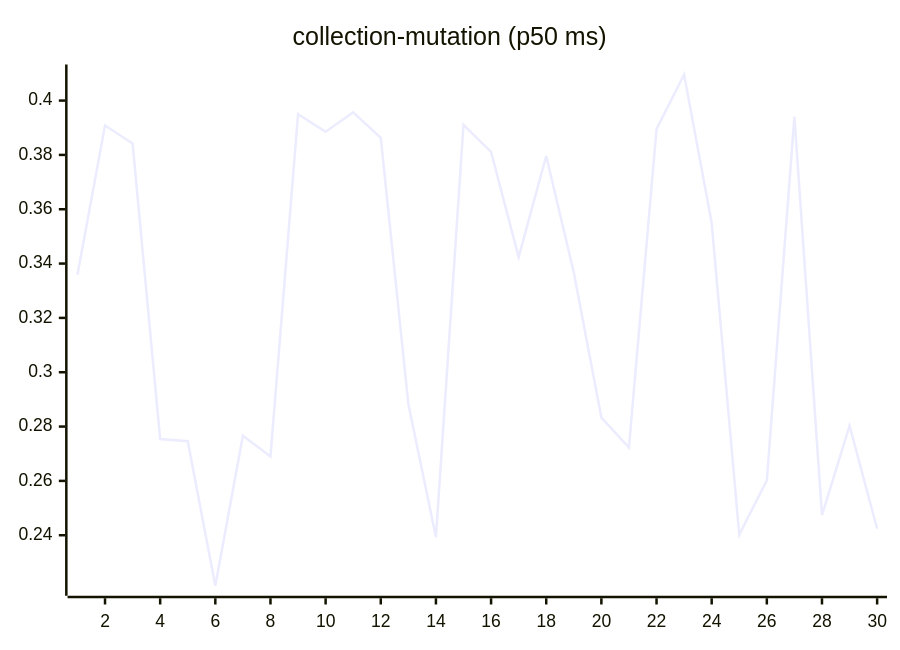
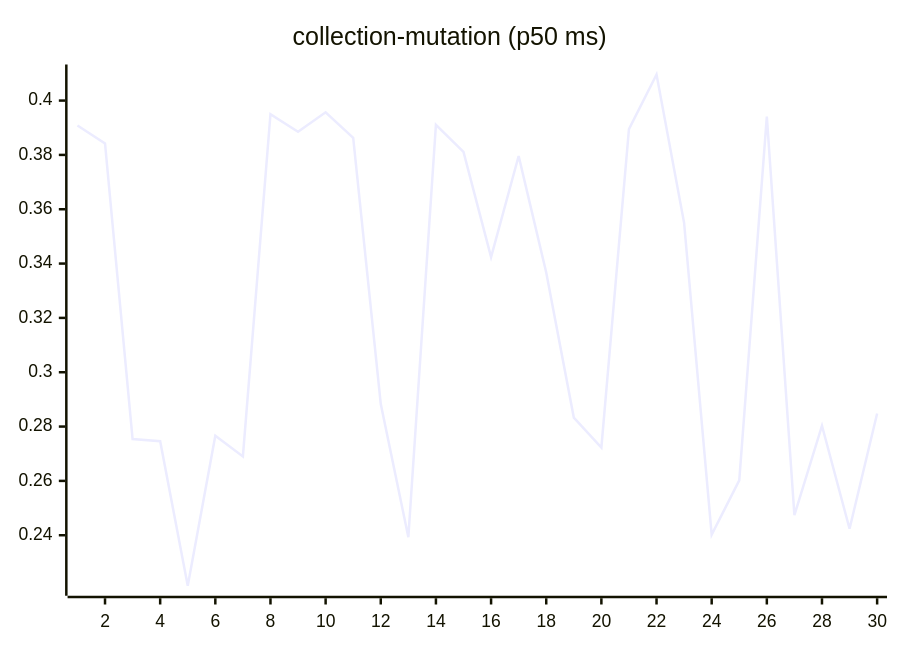
Before and after one commit to josha/Facet: the sixth of 27 diagrams in README.md, drawn with Mermaid. The commit also changed other lines of this file and 2 other files, not shown here.

````diff
--- a/README.md
+++ b/README.md
@@ -98,6 +98,6 @@
 ```mermaid
 xychart-beta
     title "collection-mutation (p50 ms)"
     x-axis 1 --> 30
-    line [0.3359, 0.3908, 0.3842, 0.2754, 0.2746, 0.2214, 0.2766, 0.2690, 0.3950, 0.3885, 0.3957, 0.3863, 0.2883, 0.2393, 0.3911, 0.3811, 0.3424, 0.3796, 0.3367, 0.2833, 0.2723, 0.3895, 0.4096, 0.3550, 0.2402, 0.2602, 0.3941, 0.2474, 0.2803, 0.2424]
+    line [0.3908, 0.3842, 0.2754, 0.2746, 0.2214, 0.2766, 0.2690, 0.3950, 0.3885, 0.3957, 0.3863, 0.2883, 0.2393, 0.3911, 0.3811, 0.3424, 0.3796, 0.3367, 0.2833, 0.2723, 0.3895, 0.4096, 0.3550, 0.2402, 0.2602, 0.3941, 0.2474, 0.2803, 0.2424, 0.2848]
 ```
````
